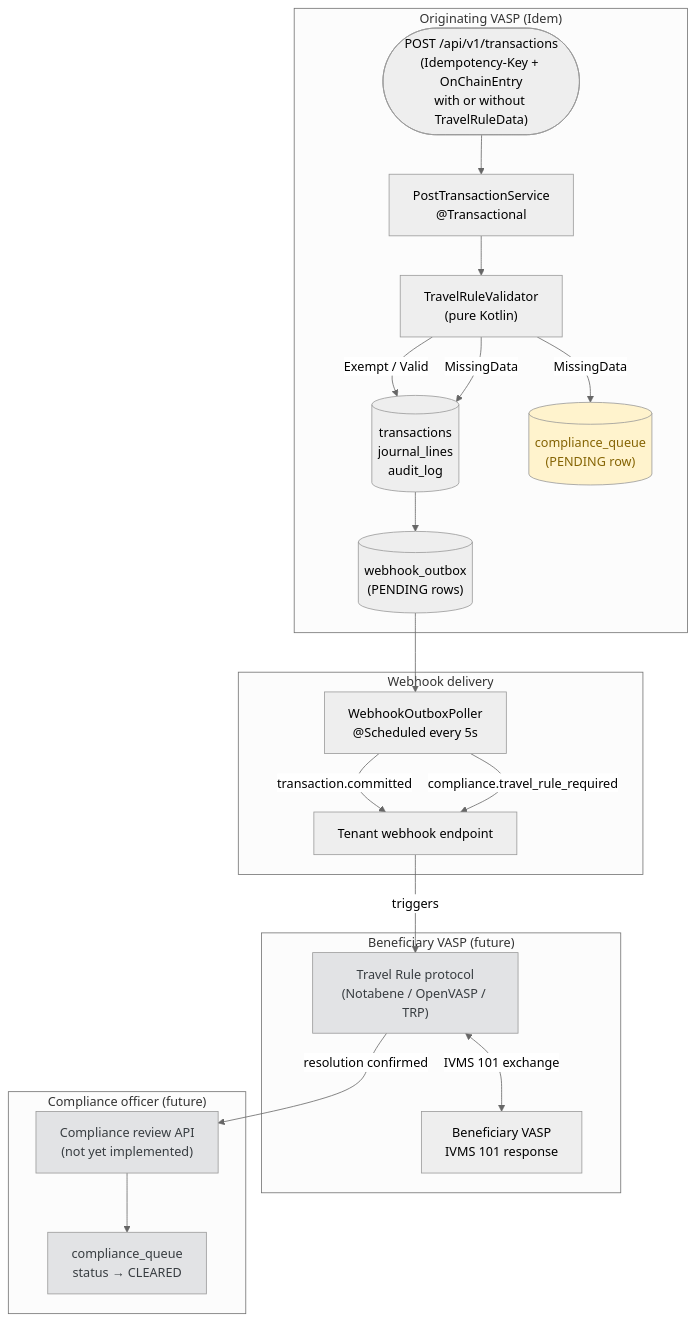
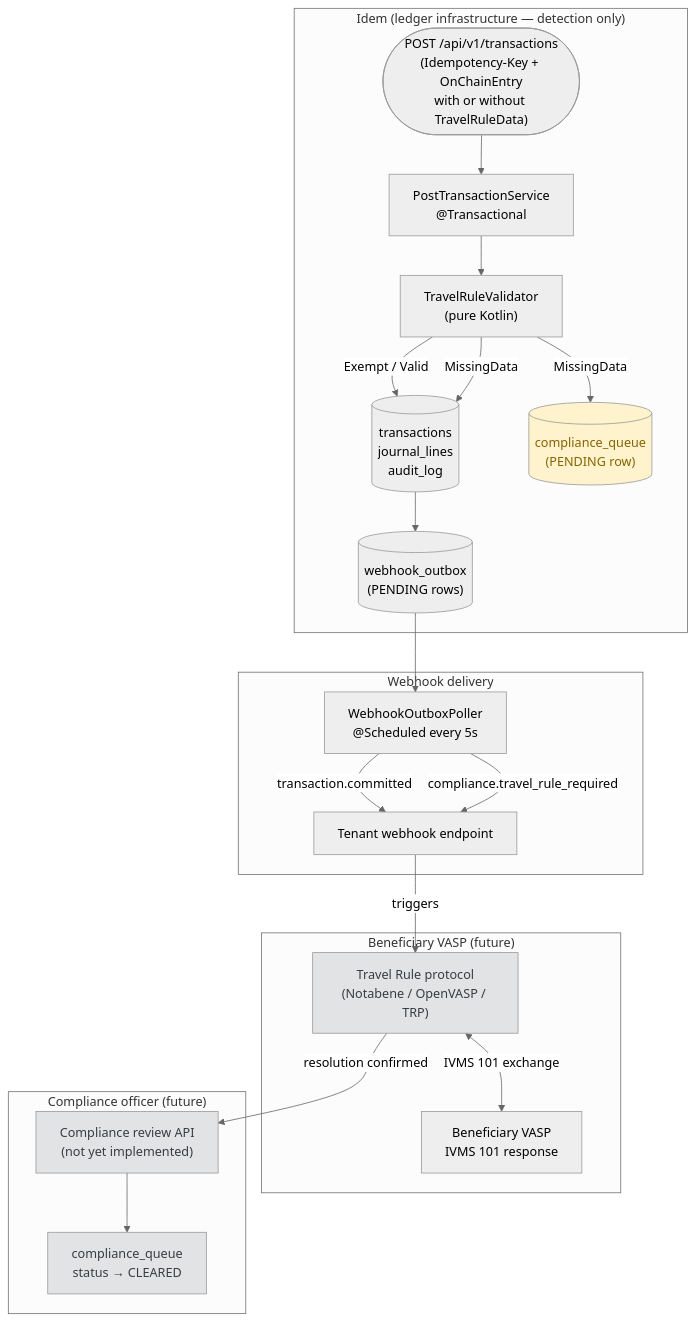
Before and after one commit to idem-finance/idem: the eighth of 8 diagrams in docs/travel-rule.md, drawn with Mermaid (neutral theme). The commit also changed other lines of this file, not shown here.

````diff
--- a/docs/travel-rule.md
+++ b/docs/travel-rule.md
@@ -332,46 +347,46 @@
 ```mermaid
 flowchart TD
-    subgraph "Originating VASP (Idem)"
+    subgraph "Idem (ledger infrastructure — detection only)"
         API(["POST /api/v1/transactions\n(Idempotency-Key + OnChainEntry\nwith or without TravelRuleData)"])
         SVC["PostTransactionService\n@Transactional"]
         TR["TravelRuleValidator\n(pure Kotlin)"]
         TX[("transactions\njournal_lines\naudit_log")]
         CQ[("compliance_queue\n(PENDING row)")]
         WO[("webhook_outbox\n(PENDING rows)")]
     end
 
     subgraph "Webhook delivery"
         POLL["WebhookOutboxPoller\n@Scheduled every 5s"]
         TENANT["Tenant webhook endpoint"]
     end
 
     subgraph "Beneficiary VASP (future)"
         NOTABENE["Travel Rule protocol\n(Notabene / OpenVASP / TRP)"]
         BVASP["Beneficiary VASP\nIVMS 101 response"]
     end
 
     subgraph "Compliance officer (future)"
         REVIEW["Compliance review API\n(not yet implemented)"]
         QUEUE_UPDATE["compliance_queue\nstatus → CLEARED"]
     end
 
     API --> SVC
     SVC --> TR
     TR -->|"Exempt / Valid"| TX
     TR -->|"MissingData"| TX
     TR -->|"MissingData"| CQ
     TX --> WO
 
     WO --> POLL
     POLL -->|"transaction.committed"| TENANT
     POLL -->|"compliance.travel_rule_required"| TENANT
     TENANT -->|"triggers"| NOTABENE
     NOTABENE <-->|"IVMS 101 exchange"| BVASP
     NOTABENE -->|"resolution confirmed"| REVIEW
     REVIEW --> QUEUE_UPDATE
 
     style CQ fill:#fff3cd,color:#856404
     style NOTABENE fill:#e2e3e5,color:#383d41
     style REVIEW fill:#e2e3e5,color:#383d41
     style QUEUE_UPDATE fill:#e2e3e5,color:#383d41
 ```
````
